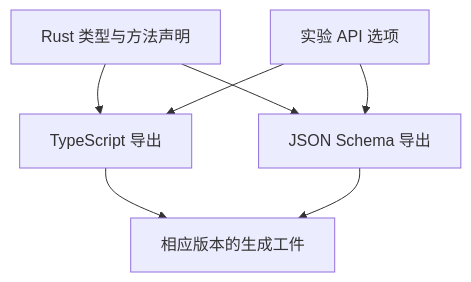
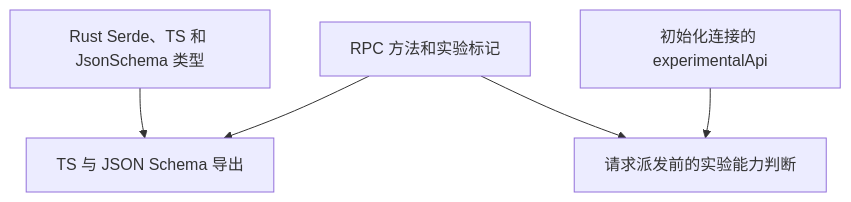
The diagram in wiki/protocols/config-schema.md (GLBB/codex), drawn with Mermaid before and after one commit. The commit also changed other lines of this file and 28 other files, not shown here.

````diff
--- a/wiki/protocols/config-schema.md
+++ b/wiki/protocols/config-schema.md
@@ -48,9 +72,7 @@
 ```mermaid
 graph TB
-    R["Rust 类型与方法声明"] --> T["TypeScript 导出"]
-    R --> J["JSON Schema 导出"]
-    X["实验 API 选项"] --> T
-    X --> J
-    T --> F["相应版本的生成工件"]
-    J --> F
+    R["Rust Serde、TS 和 JsonSchema 类型"] --> G["TS 与 JSON Schema 导出"]
+    M["RPC 方法和实验标记"] --> G
+    M --> D["请求派发前的实验能力判断"]
+    I["初始化连接的 experimentalApi"] --> D
 ```
````
